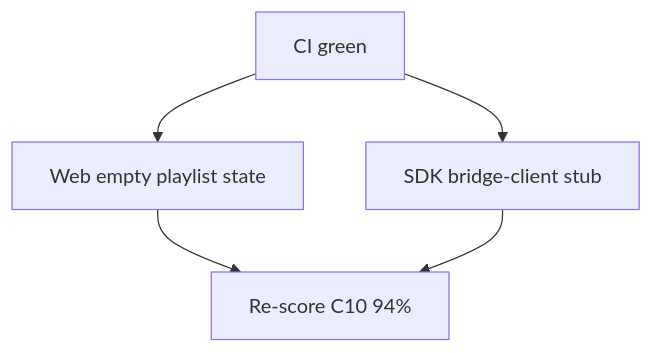
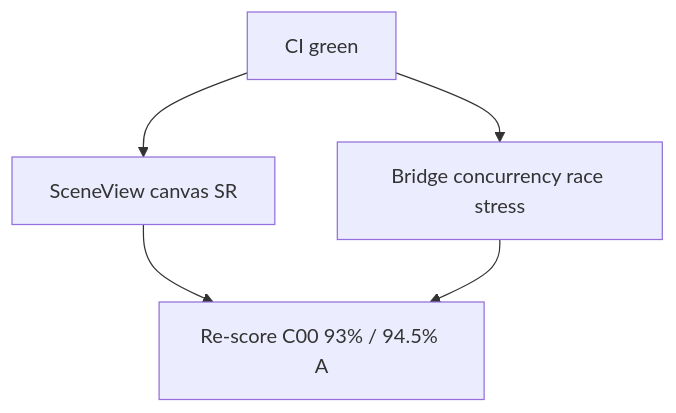
One commit to KooshaPari/Melosviz changed the diagram in docs/WORK_DAG.md. Above: the diagram before and after it, drawn with Mermaid. The commit also changed other lines of this file and 8 other files, not shown here.

First line of the commit message:
feat: SceneView canvas SR chrome + bridge concurrency race suite

````diff
--- a/docs/WORK_DAG.md
+++ b/docs/WORK_DAG.md
@@ -5,7 +5,7 @@
 ```mermaid
 flowchart TD
-  A[CI green] --> B[Web empty playlist state]
-  A --> C[SDK bridge-client stub]
-  B --> D[Re-score C10 94%]
+  A[CI green] --> B[SceneView canvas SR]
+  A --> C[Bridge concurrency race stress]
+  B --> D[Re-score C00 93% / 94.5% A]
   C --> D
 ```
````
